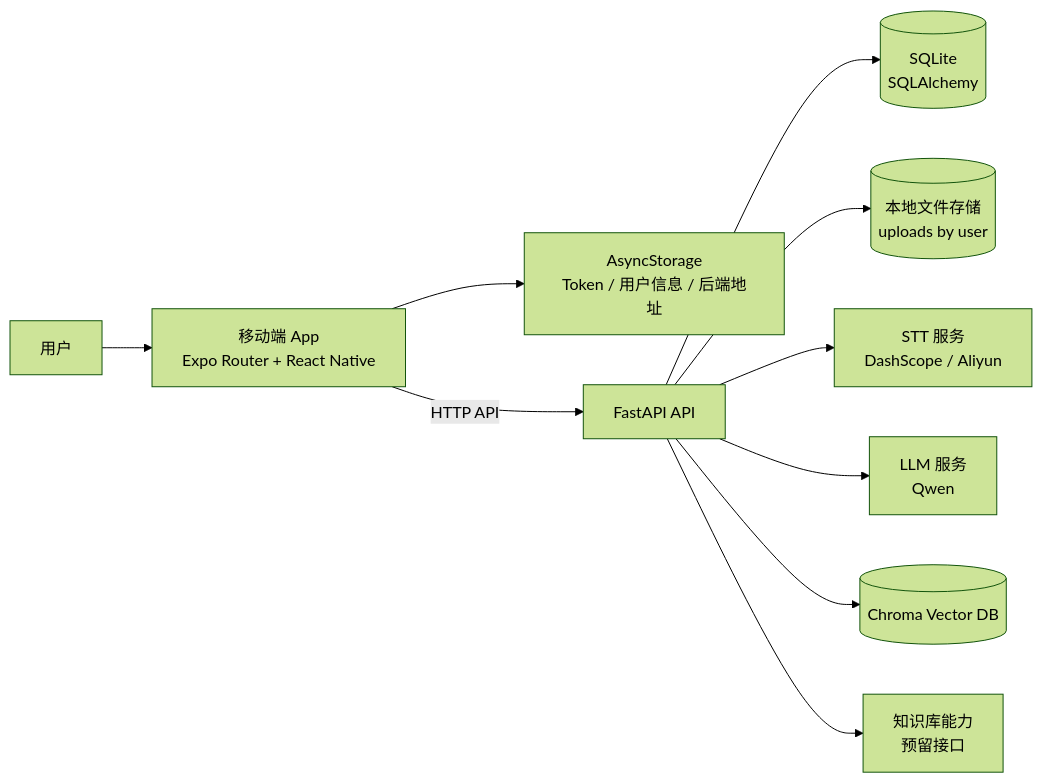
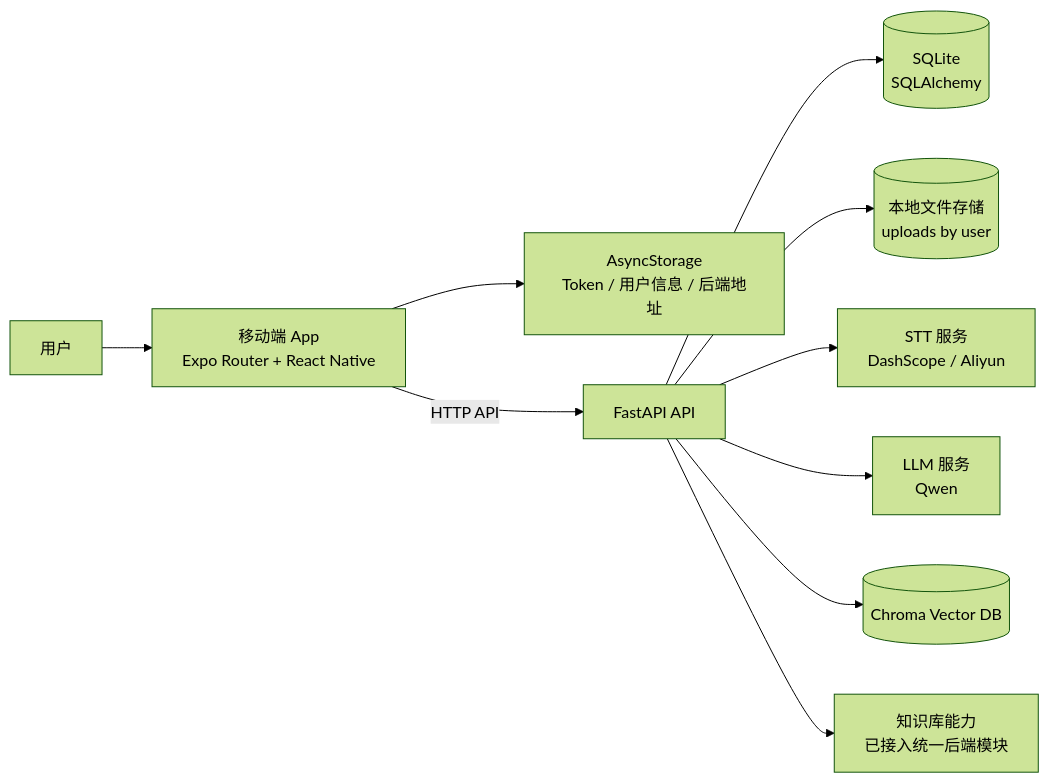
The first of 7 diagrams in memory-bank/architecture.md (YCZA2/SparkFlow), drawn with Mermaid (forest theme) before and after one commit. The commit also changed other lines of this file and 31 other files, not shown here.

````diff
--- a/memory-bank/architecture.md
+++ b/memory-bank/architecture.md
@@ -7,24 +7,24 @@
 ```mermaid
 flowchart LR
     U[用户]
     M[移动端 App<br>Expo Router + React Native]
     A[AsyncStorage<br>Token / 用户信息 / 后端地址]
     B[FastAPI API]
     DB[(SQLite<br>SQLAlchemy)]
     FS[(本地文件存储<br>uploads by user)]
     STT[STT 服务<br>DashScope / Aliyun]
     LLM[LLM 服务<br>Qwen]
     VDB[(Chroma Vector DB)]
-    K[知识库能力<br>预留接口]
+    K[知识库能力<br>已接入统一后端模块]
 
     U --> M
     M --> A
     M -->|HTTP API| B
 
     B --> DB
     B --> FS
     B --> STT
     B --> LLM
     B --> VDB
     B --> K
 ```
````
